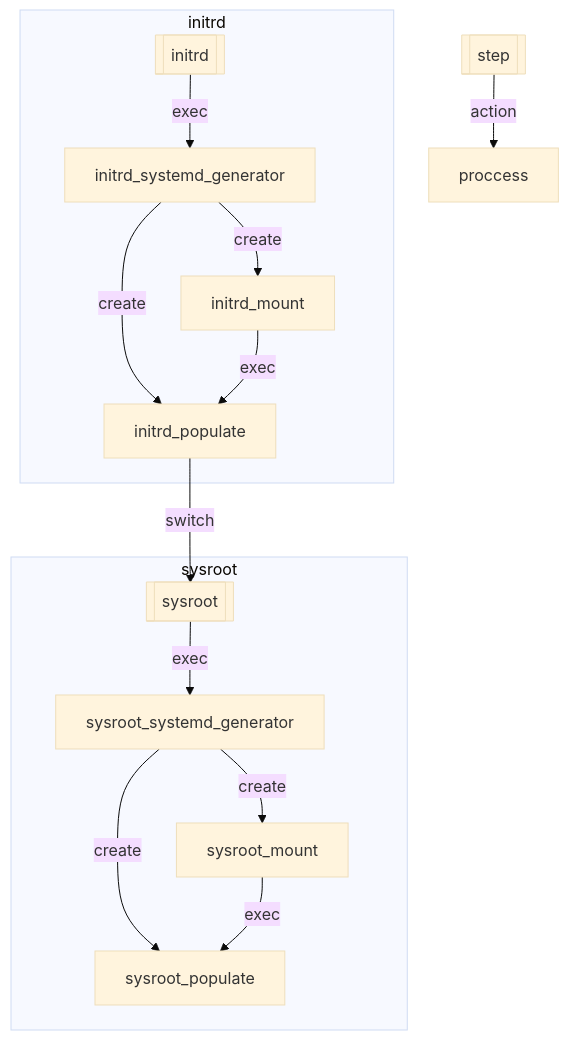
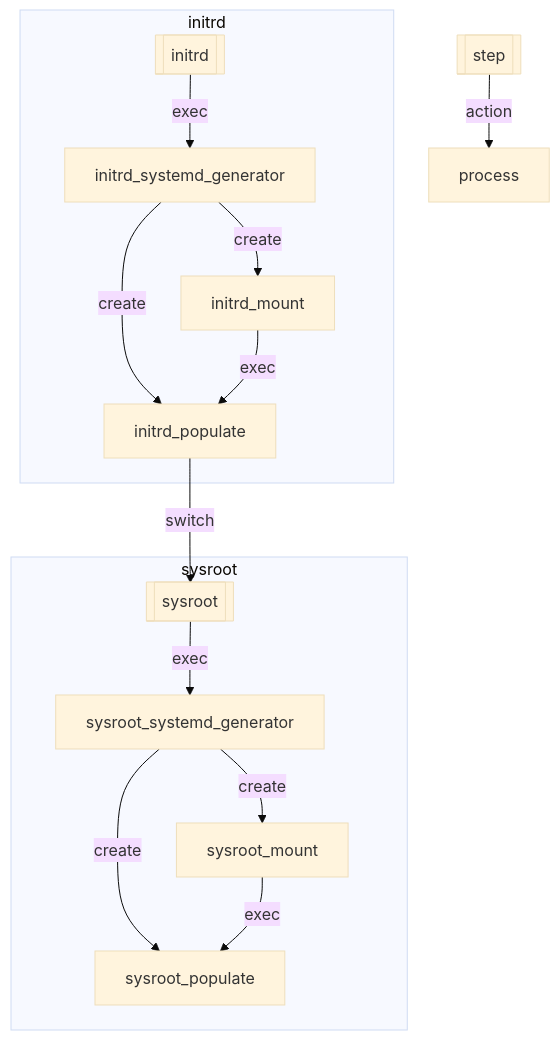
One commit to simplek8s/simplek8s-init changed the diagram in docs/boot-sequence.md. Above: the diagram before and after it, drawn with Mermaid (base theme).

Commit message:
src: misspell process in boot-sequence.md

````diff
--- a/docs/boot-sequence.md
+++ b/docs/boot-sequence.md
@@ -1,24 +1,24 @@
 ```mermaid
 flowchart
   %% Legend
-  step[[step]] -- action --> proccess
+  step[[step]] -- action --> process
 
   subgraph a [initrd]
     initrd[[initrd]]
 
     initrd -- exec --> initrd_systemd_generator
     initrd_systemd_generator -- create --> initrd_mount
     initrd_systemd_generator -- create --> initrd_populate
     initrd_mount -- exec --> initrd_populate
   end
 
   subgraph b [sysroot]
     sysroot[[sysroot]]
 
     initrd_populate -- switch --> sysroot
     sysroot -- exec --> sysroot_systemd_generator
     sysroot_systemd_generator -- create --> sysroot_mount
     sysroot_systemd_generator -- create --> sysroot_populate
     sysroot_mount -- exec --> sysroot_populate
   end
 ```
````
